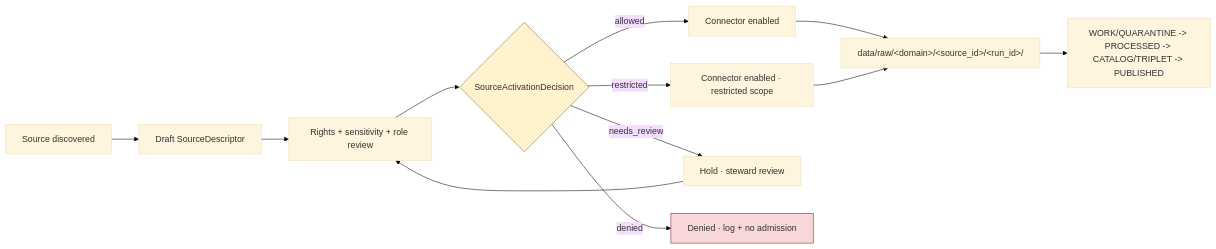
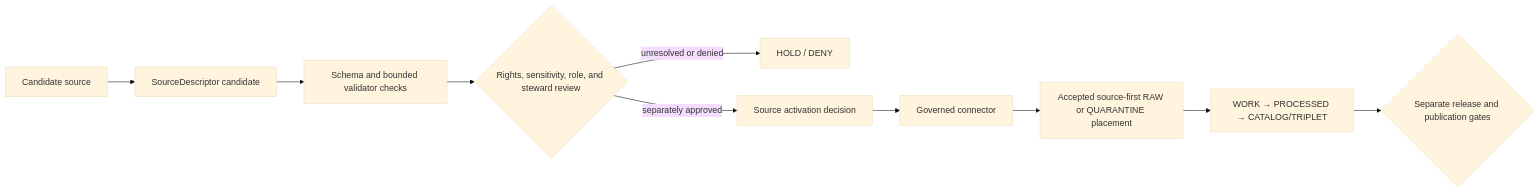
One commit to bartytime4life/Kansas-Frontier-Matrix changed the diagram in data/registry/sources/README.md. Above: the diagram before and after it, drawn with Mermaid (base theme). The commit also changed other lines of this file, not shown here.

````diff
--- a/data/registry/sources/README.md
+++ b/data/registry/sources/README.md
@@ -159,18 +205,12 @@
 ```mermaid
 flowchart LR
-    Discover[Source discovered] --> Draft[Draft SourceDescriptor]
-    Draft --> Review[Rights + sensitivity + role review]
-    Review --> Activation{SourceActivationDecision}
-    Activation -- allowed --> Connector[Connector enabled]
-    Activation -- restricted --> Connector2[Connector enabled · restricted scope]
-    Activation -- needs_review --> Hold[Hold · steward review]
-    Activation -- denied --> Deny[Denied · log + no admission]
-    Connector --> RAW[data/raw/&lt;domain&gt;/&lt;source_id&gt;/&lt;run_id&gt;/]
-    Connector2 --> RAW
-    Hold --> Review
-    RAW --> Lifecycle[WORK/QUARANTINE -&gt; PROCESSED -&gt; CATALOG/TRIPLET -&gt; PUBLISHED]
-    classDef gate fill:#fff3cd,stroke:#8a6d3b;
-    classDef deny fill:#f8d7da,stroke:#842029;
-    class Activation gate
-    class Deny deny
+    D[Candidate source] --> SD[SourceDescriptor candidate]
+    SD --> V[Schema and bounded validator checks]
+    V --> R{Rights, sensitivity, role, and steward review}
+    R -->|unresolved or denied| H[HOLD / DENY]
+    R -->|separately approved| A[Source activation decision]
+    A --> C[Governed connector]
+    C --> Q[Accepted source-first RAW or QUARANTINE placement]
+    Q --> L[WORK → PROCESSED → CATALOG/TRIPLET]
+    L --> P{Separate release and publication gates}
 ```
````
